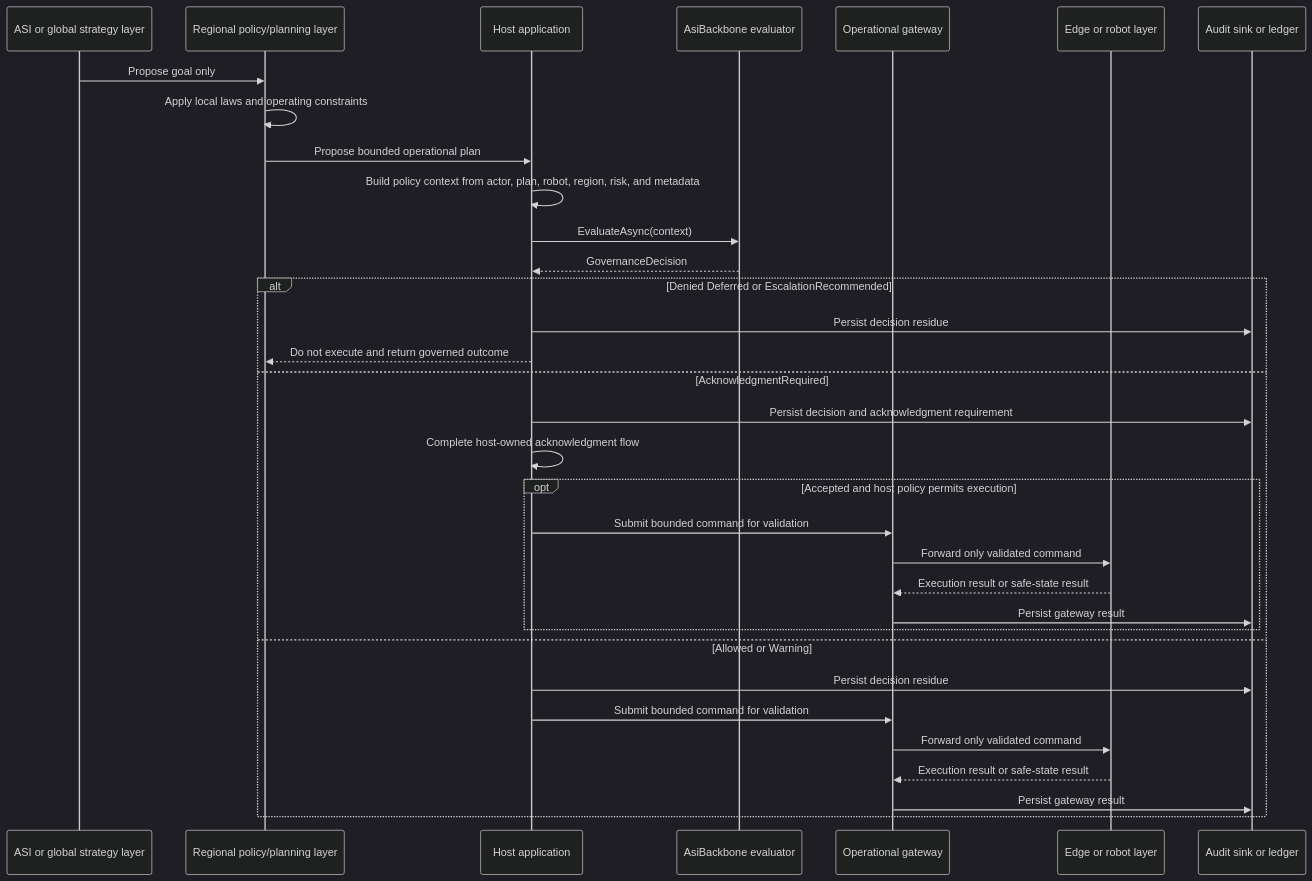
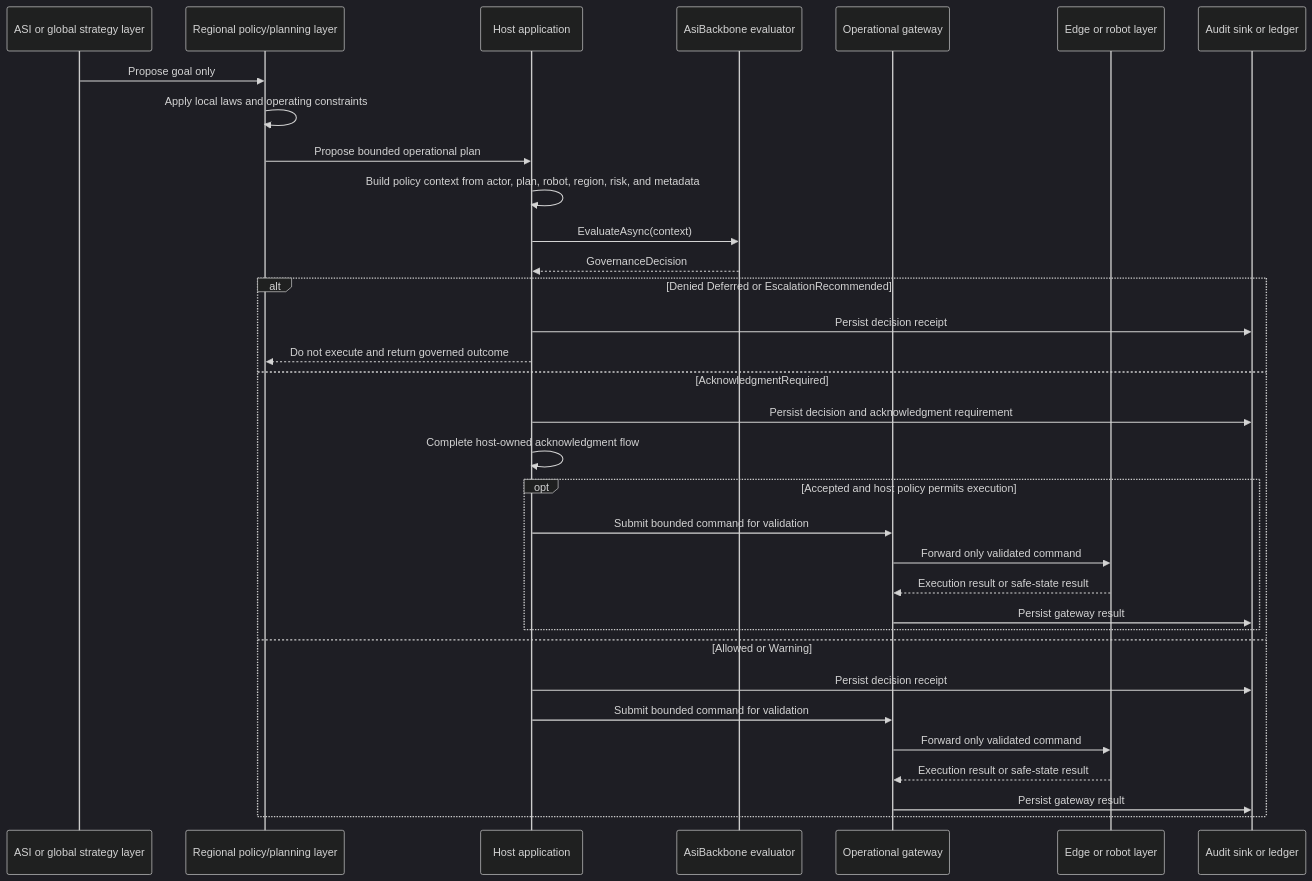
The diagram in docs/articles/scenarios/robotics-operational-gateway.md (AsiBackbone/AsiBackbone), drawn with Mermaid (dark theme) before and after one commit. The commit also changed other lines of this file and 112 other files, not shown here.

````diff
--- a/docs/articles/scenarios/robotics-operational-gateway.md
+++ b/docs/articles/scenarios/robotics-operational-gateway.md
@@ -47,36 +47,36 @@
 ```mermaid
 sequenceDiagram
     participant Global as ASI or global strategy layer
     participant Regional as Regional policy/planning layer
     participant Host as Host application
     participant Backbone as AsiBackbone evaluator
     participant Gateway as Operational gateway
     participant Edge as Edge or robot layer
     participant Audit as Audit sink or ledger
 
     Global->>Regional: Propose goal only
     Regional->>Regional: Apply local laws and operating constraints
     Regional->>Host: Propose bounded operational plan
     Host->>Host: Build policy context from actor, plan, robot, region, risk, and metadata
     Host->>Backbone: EvaluateAsync(context)
     Backbone-->>Host: GovernanceDecision
     alt Denied Deferred or EscalationRecommended
-        Host->>Audit: Persist decision residue
+        Host->>Audit: Persist decision receipt
         Host-->>Regional: Do not execute and return governed outcome
     else AcknowledgmentRequired
         Host->>Audit: Persist decision and acknowledgment requirement
         Host->>Host: Complete host-owned acknowledgment flow
         opt Accepted and host policy permits execution
             Host->>Gateway: Submit bounded command for validation
             Gateway->>Edge: Forward only validated command
             Edge-->>Gateway: Execution result or safe-state result
             Gateway->>Audit: Persist gateway result
         end
     else Allowed or Warning
-        Host->>Audit: Persist decision residue
+        Host->>Audit: Persist decision receipt
         Host->>Gateway: Submit bounded command for validation
         Gateway->>Edge: Forward only validated command
         Edge-->>Gateway: Execution result or safe-state result
         Gateway->>Audit: Persist gateway result
     end
 ```
````
